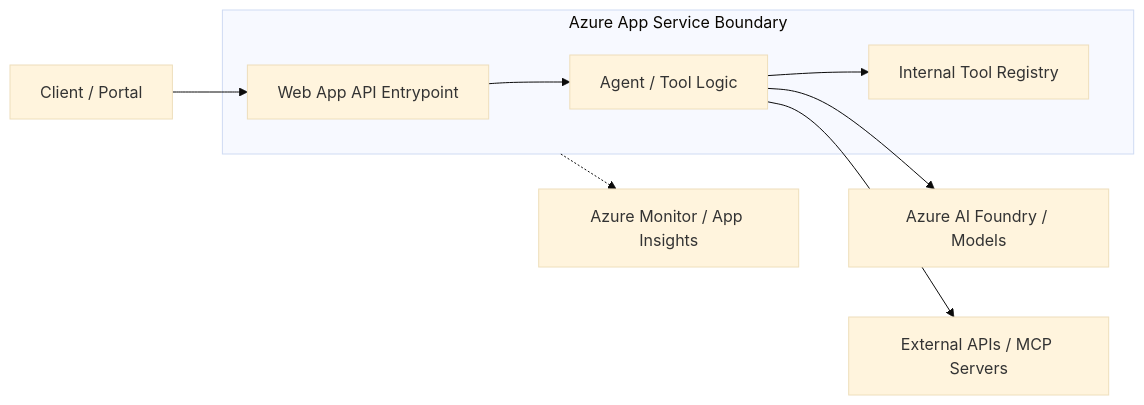
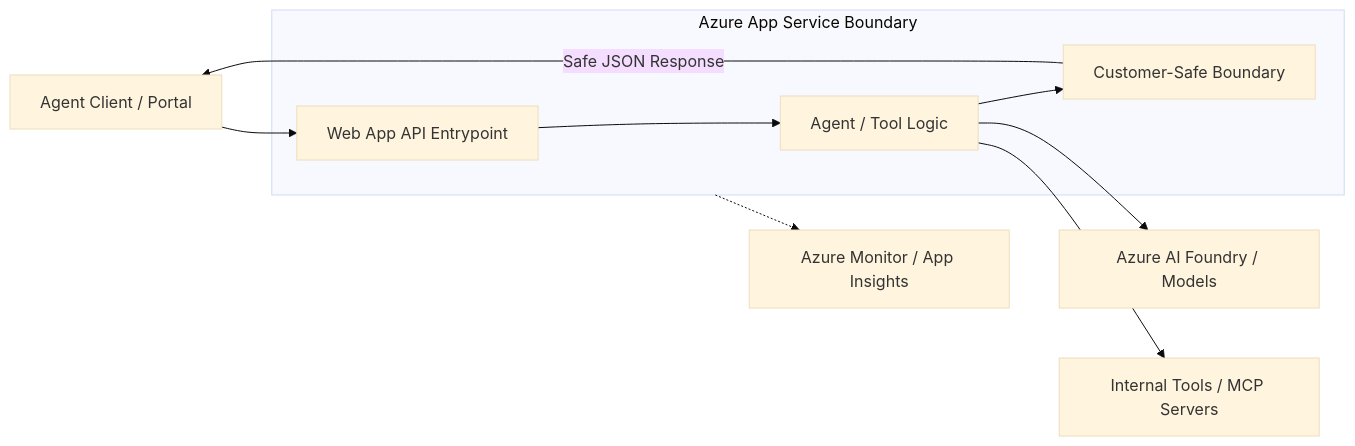
Before and after one commit to wildersa/azure_ref_kit: the diagram in building-blocks/hosting/webapp-agent-api/README.md, drawn with Mermaid (base theme). The commit also changed other lines of this file and 2 other files, not shown here.

First line of the commit message:
Define Web App hosted agent API reference

````diff
--- a/building-blocks/hosting/webapp-agent-api/README.md
+++ b/building-blocks/hosting/webapp-agent-api/README.md
@@ -27,11 +37,12 @@
 ```mermaid
 flowchart LR
-    Client[Client / Portal] --> API[Web App API Entrypoint]
+    Client[Agent Client / Portal] --> API[Web App API Entrypoint]
     subgraph WebApp[Azure App Service Boundary]
         API --> AgentLogic[Agent / Tool Logic]
-        AgentLogic --> Registry[Internal Tool Registry]
+        AgentLogic --> Security[Customer-Safe Boundary]
     end
-    AgentLogic --> Foundry[Azure AI Foundry / Models]
-    AgentLogic --> ExternalTools[External APIs / MCP Servers]
+    Security -->|Safe JSON Response| Client
+    AgentLogic --> AI[Azure AI Foundry / Models]
+    AgentLogic --> Tools[Internal Tools / MCP Servers]
     WebApp -.-> Obs[Azure Monitor / App Insights]
 ```
````
